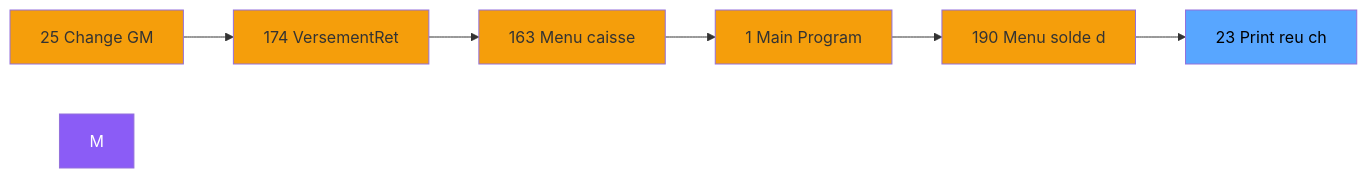
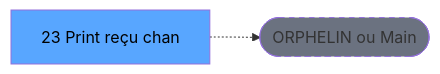
The second of 3 diagrams in .openspec/renders/ADH-IDE-23.md (thonyAGP/lecteur-magic), drawn with Mermaid before and after one commit. The commit also changed other lines of this file and 701 other files, not shown here.

````diff
--- a/.openspec/renders/ADH-IDE-23.md
+++ b/.openspec/renders/ADH-IDE-23.md
@@ -133,21 +124,8 @@
 ```mermaid
 graph LR
-    N25[25 Change GM]
-    N174[174 VersementRet]
-    N163[163 Menu caisse ]
-    N1[1 Main Program]
-    N190[190 Menu solde d]
-    T[23 Print reu ch]
-    N25 --> N174
-    N174 --> N163
-    N163 --> N1
-    N1 --> N190
-    N190 --> T
-    style M fill:#8b5cf6,color:#fff
-    style N25 fill:#f59e0b
-    style N174 fill:#f59e0b
-    style N163 fill:#f59e0b
-    style N1 fill:#f59e0b
-    style N190 fill:#f59e0b
+    T[23 Print reçu chan]
+    ORPHAN([ORPHELIN ou Main])
+    T -.-> ORPHAN
     style T fill:#58a6ff,color:#000
+    style ORPHAN fill:#6b7280,stroke-dasharray: 5 5
 ```
````
